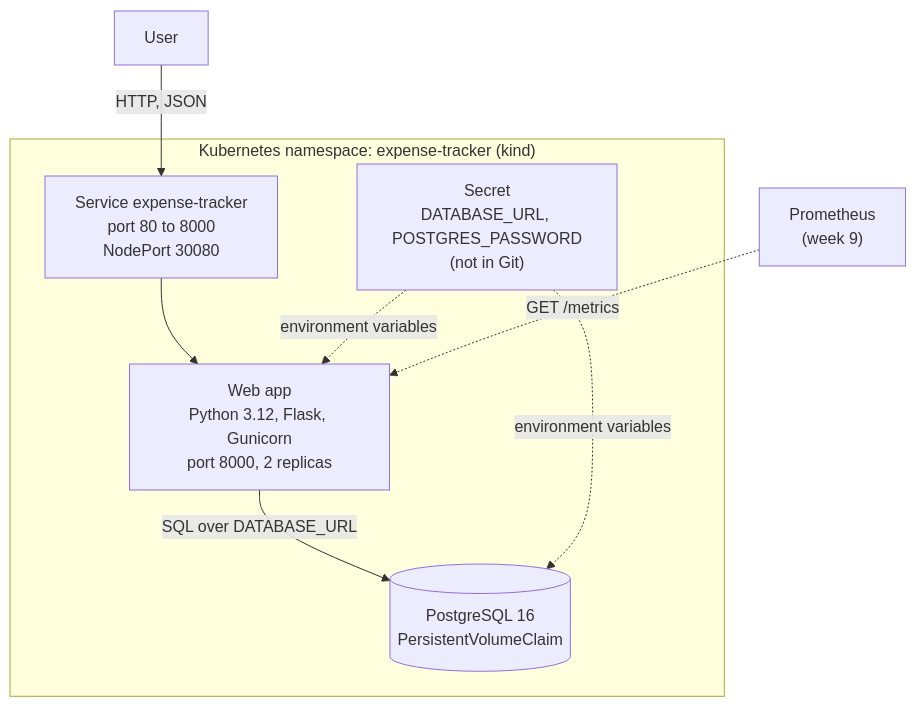
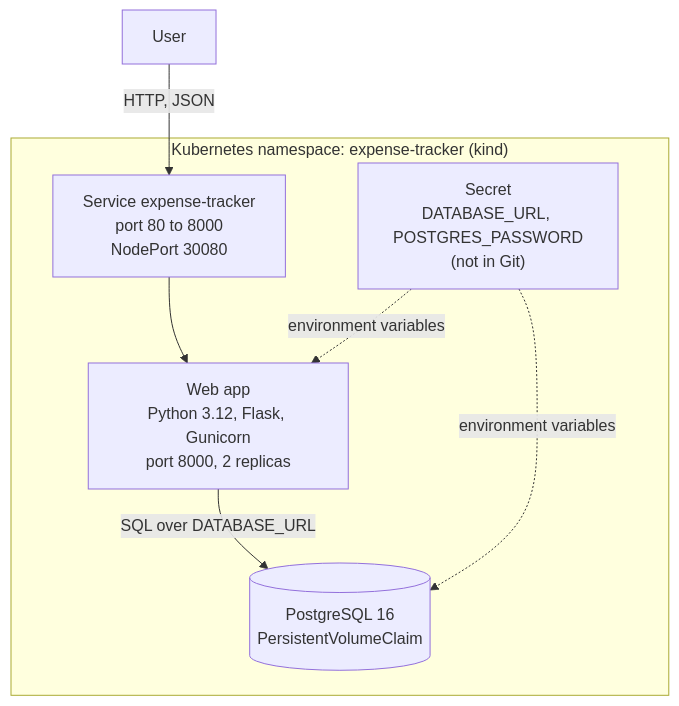
Before and after one commit to freineel/DevOps-repo: the second of 3 diagrams in docs/architecture.md, drawn with Mermaid. The commit also changed other lines of this file and 1 other file, not shown here.

Commit message:
docs: add monitoring and security to architecture and readme

````diff
--- a/docs/architecture.md
+++ b/docs/architecture.md
@@ -39,20 +42,17 @@
 ```mermaid
 graph TD
     user["User"]
 
     subgraph cluster["Kubernetes namespace: expense-tracker (kind)"]
         svc["Service expense-tracker<br/>port 80 to 8000<br/>NodePort 30080"]
         web["Web app<br/>Python 3.12, Flask, Gunicorn<br/>port 8000, 2 replicas"]
         db[("PostgreSQL 16<br/>PersistentVolumeClaim")]
         secret["Secret<br/>DATABASE_URL, POSTGRES_PASSWORD<br/>(not in Git)"]
     end
 
-    prom["Prometheus<br/>(week 9)"]
-
     user -->|"HTTP, JSON"| svc
     svc --> web
     web -->|"SQL over DATABASE_URL"| db
     secret -.->|"environment variables"| web
     secret -.->|"environment variables"| db
-    prom -.->|"GET /metrics"| web
 ```
````
